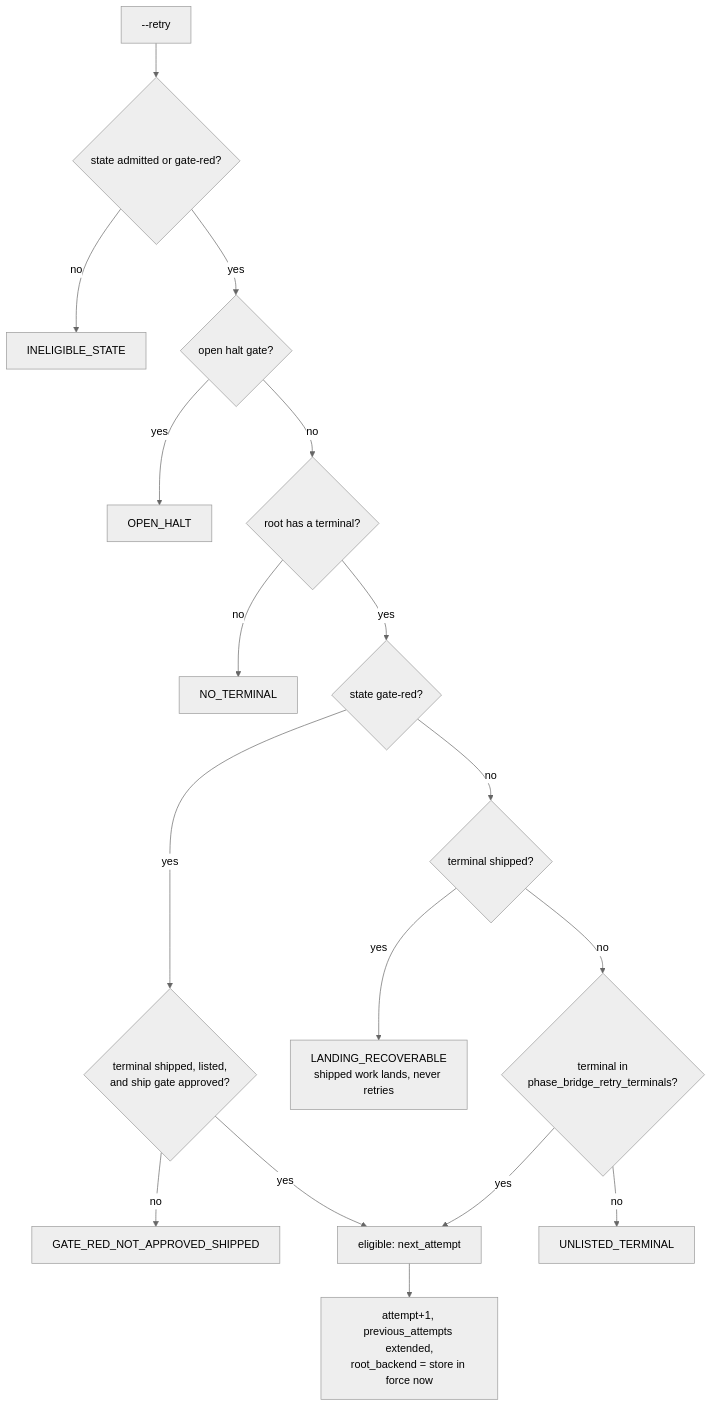
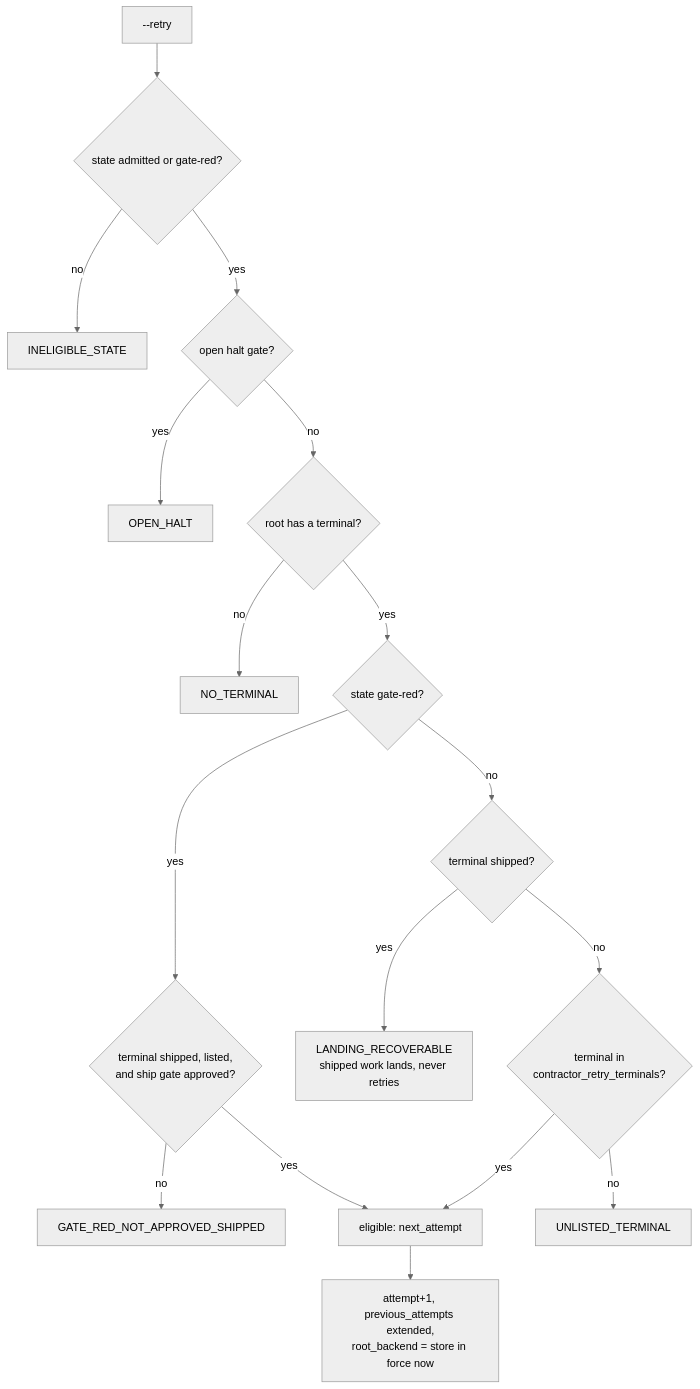
Before and after one commit to MVPavan/coding-ritual: diagram 17 of 46 in docs/workflow-interpreter-guide/diagrams.md, drawn with Mermaid (neutral theme). The commit also changed other lines of this file and 361 other files, not shown here.

````diff
--- a/docs/workflow-interpreter-guide/diagrams.md
+++ b/docs/workflow-interpreter-guide/diagrams.md
@@ -831,19 +831,19 @@
 ```mermaid
 flowchart TD
   R["--retry"] --> S{"state admitted or gate-red?"}
   S -->|"no"| X1["INELIGIBLE_STATE"]
   S -->|"yes"| H{"open halt gate?"}
   H -->|"yes"| X2["OPEN_HALT"]
   H -->|"no"| T{"root has a terminal?"}
   T -->|"no"| X3["NO_TERMINAL"]
   T -->|"yes"| G{"state gate-red?"}
   G -->|"yes"| GR{"terminal shipped, listed,<br/>and ship gate approved?"}
   GR -->|"no"| X4["GATE_RED_NOT_APPROVED_SHIPPED"]
   GR -->|"yes"| OK["eligible: next_attempt"]
   G -->|"no"| SH{"terminal shipped?"}
   SH -->|"yes"| X5["LANDING_RECOVERABLE<br/>shipped work lands, never retries"]
-  SH -->|"no"| L{"terminal in<br/>phase_bridge_retry_terminals?"}
+  SH -->|"no"| L{"terminal in<br/>contractor_retry_terminals?"}
   L -->|"no"| X6["UNLISTED_TERMINAL"]
   L -->|"yes"| OK
   OK --> NA["attempt+1, previous_attempts extended,<br/>root_backend = store in force now"]
 ```
````
